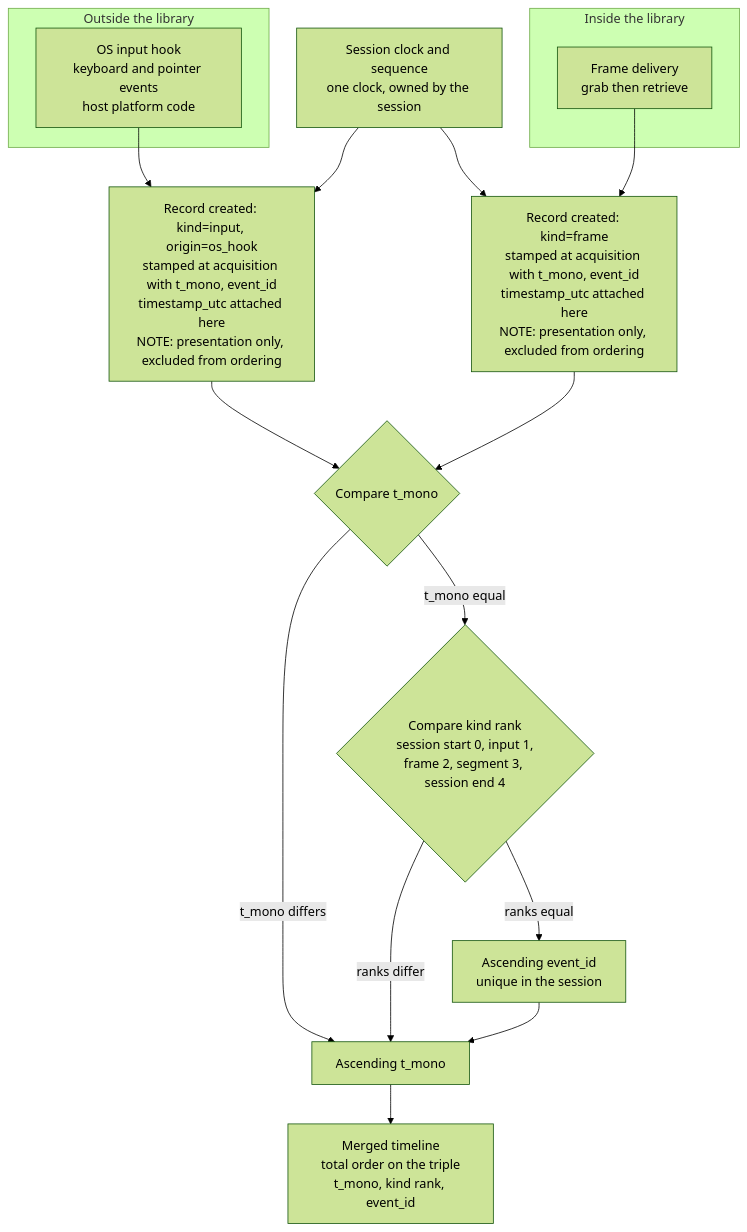
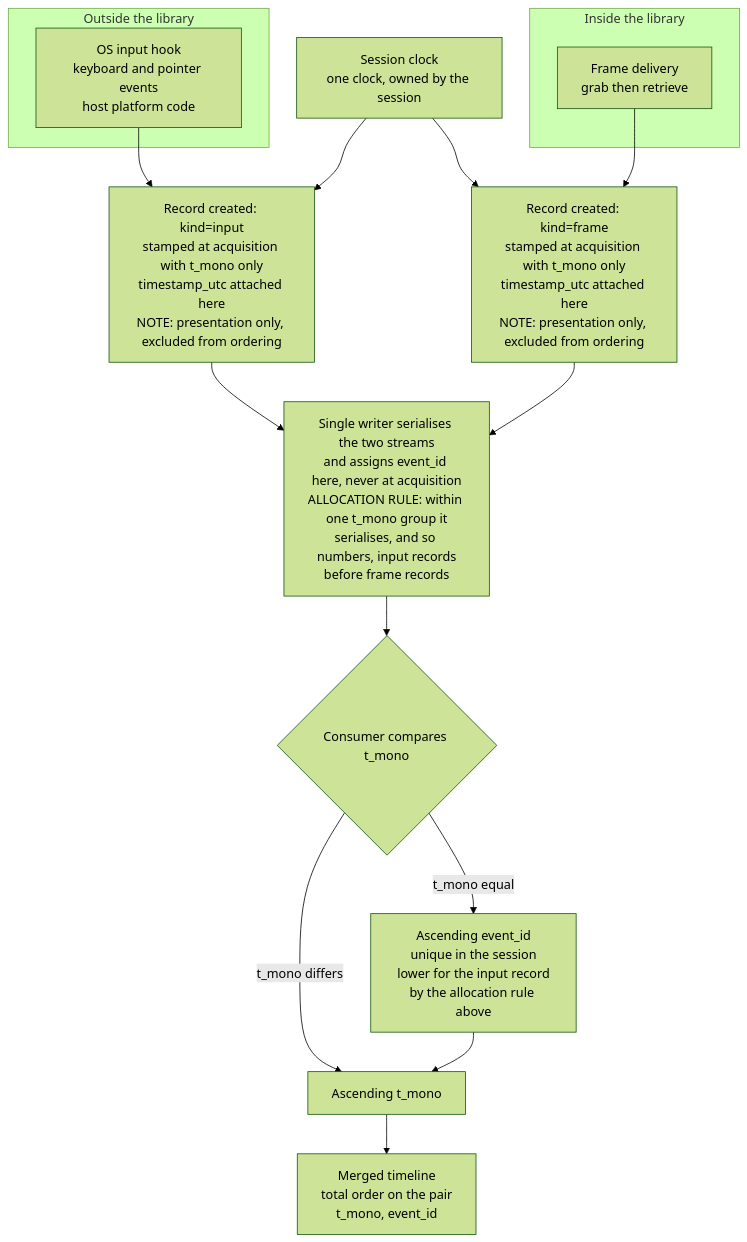
Before and after one commit to blitzy-public-samples/opencv: the second of 2 diagrams in docs/screen-capture-ui/functional-spec.md, drawn with Mermaid (forest theme). The commit also changed other lines of this file and 4 other files, not shown here.

````diff
--- a/docs/screen-capture-ui/functional-spec.md
+++ b/docs/screen-capture-ui/functional-spec.md
@@ -725,22 +1103,21 @@
 ```mermaid
 flowchart TB
   subgraph OUTSIDE["Outside the library"]
     HOOK["OS input hook<br/>keyboard and pointer events<br/>host platform code"]
   end
   subgraph INSIDE["Inside the library"]
     CAP["Frame delivery<br/>grab then retrieve"]
   end
-  CLK["Session clock and sequence<br/>one clock, owned by the session"]
-  HOOK --> SI["Record created: kind=input, origin=os_hook<br/>stamped at acquisition with t_mono, event_id<br/>timestamp_utc attached here<br/>NOTE: presentation only, excluded from ordering"]
-  CAP --> SF["Record created: kind=frame<br/>stamped at acquisition with t_mono, event_id<br/>timestamp_utc attached here<br/>NOTE: presentation only, excluded from ordering"]
+  CLK["Session clock<br/>one clock, owned by the session"]
+  HOOK --> SI["Record created: kind=input<br/>stamped at acquisition with t_mono only<br/>timestamp_utc attached here<br/>NOTE: presentation only, excluded from ordering"]
+  CAP --> SF["Record created: kind=frame<br/>stamped at acquisition with t_mono only<br/>timestamp_utc attached here<br/>NOTE: presentation only, excluded from ordering"]
   CLK --> SI
   CLK --> SF
-  SI --> CMP{"Compare t_mono"}
-  SF --> CMP
+  SI --> WR["Single writer serialises the two streams<br/>and assigns event_id here, never at acquisition<br/>ALLOCATION RULE: within one t_mono group it<br/>serialises, and so numbers, input records<br/>before frame records"]
+  SF --> WR
+  WR --> CMP{"Consumer compares t_mono"}
   CMP -->|"t_mono differs"| ORD["Ascending t_mono"]
-  CMP -->|"t_mono equal"| RANK{"Compare kind rank<br/>session start 0, input 1,<br/>frame 2, segment 3, session end 4"}
-  RANK -->|"ranks differ"| ORD
-  RANK -->|"ranks equal"| SEQ["Ascending event_id<br/>unique in the session"]
+  CMP -->|"t_mono equal"| SEQ["Ascending event_id<br/>unique in the session<br/>lower for the input record<br/>by the allocation rule above"]
   SEQ --> ORD
-  ORD --> TL["Merged timeline<br/>total order on the triple<br/>t_mono, kind rank, event_id"]
+  ORD --> TL["Merged timeline<br/>total order on the pair<br/>t_mono, event_id"]
 ```
````
